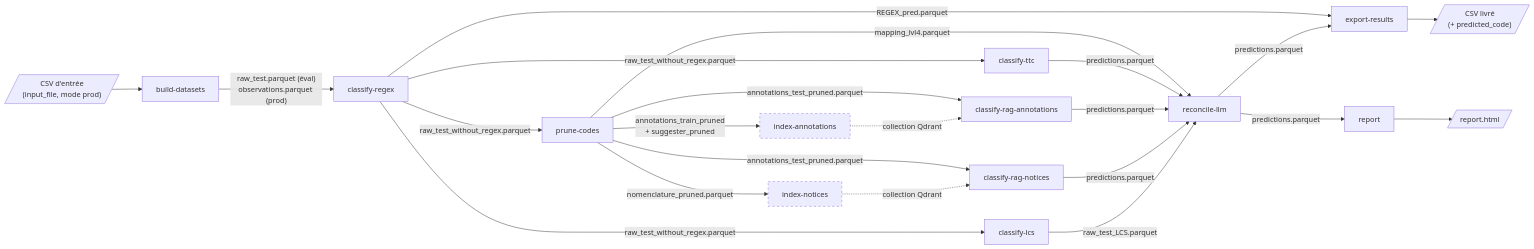
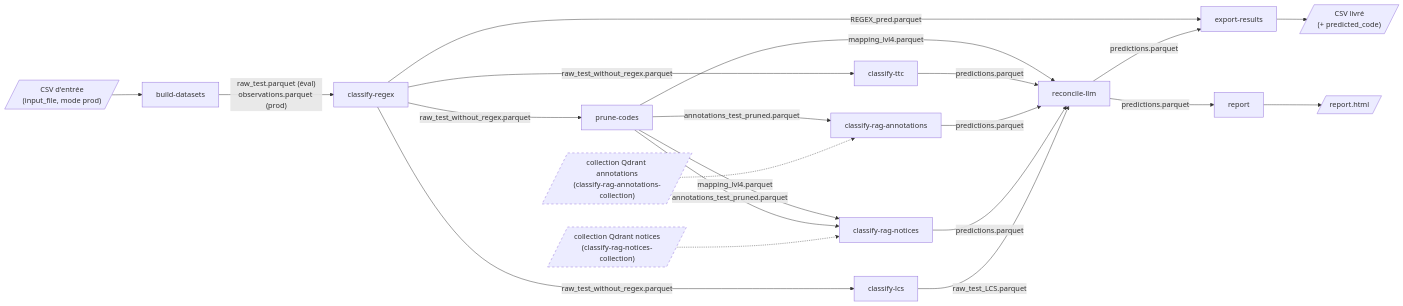
One commit to InseeFrLab/codif-coicop-bdf changed the diagram in docs/index.qmd. Above: the diagram before and after it, drawn with Mermaid. The commit also changed other lines of this file and 23 other files, not shown here.

````diff
--- a/docs/index.qmd
+++ b/docs/index.qmd
@@ -63,26 +63,25 @@
 ```{mermaid}
 flowchart LR
   input[/"CSV d'entrée<br/>(input_file, mode prod)"/] --> PRE[build-datasets]
   PRE -- "raw_test.parquet (éval)<br/>observations.parquet (prod)" --> REG[classify-regex]
   REG -- raw_test_without_regex.parquet --> PRU[prune-codes]
   REG -- raw_test_without_regex.parquet --> LCS[classify-lcs]
   REG -- raw_test_without_regex.parquet --> TTC[classify-ttc]
-  PRU -- nomenclature_pruned.parquet --> VDB[index-notices]
-  PRU -- "annotations_train_pruned<br/>+ suggester_pruned" --> VDBA[index-annotations]
-  VDB -.->|"collection Qdrant"| RAG[classify-rag-notices]
-  VDBA -.->|"collection Qdrant"| RAGA[classify-rag-annotations]
+  VDB[/"collection Qdrant notices<br/>(classify-rag-notices-collection)"/] -.-> RAG[classify-rag-notices]
+  VDBA[/"collection Qdrant annotations<br/>(classify-rag-annotations-collection)"/] -.-> RAGA[classify-rag-annotations]
   PRU -- annotations_test_pruned.parquet --> RAG
   PRU -- annotations_test_pruned.parquet --> RAGA
+  PRU -- mapping_lvl4.parquet --> RAG
   LCS -- raw_test_LCS.parquet --> DEC[reconcile-llm]
   RAG -- predictions.parquet --> DEC
   RAGA -- predictions.parquet --> DEC
   TTC -- predictions.parquet --> DEC
   PRU -- mapping_lvl4.parquet --> DEC
   DEC -- predictions.parquet --> FIN[export-results]
   REG -- REGEX_pred.parquet --> FIN
   DEC -- predictions.parquet --> REP[report]
   FIN --> out[/"CSV livré<br/>(+ predicted_code)"/]
   REP --> html[/report.html/]
   style VDB stroke-dasharray: 5 5
   style VDBA stroke-dasharray: 5 5
 ```
````
